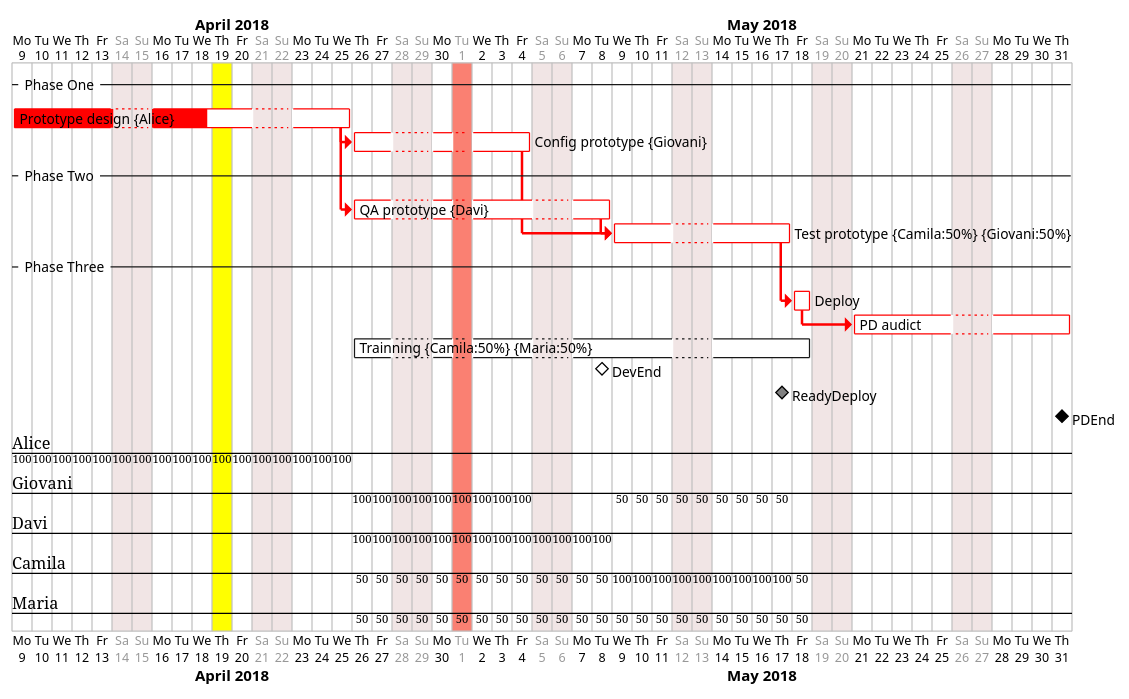
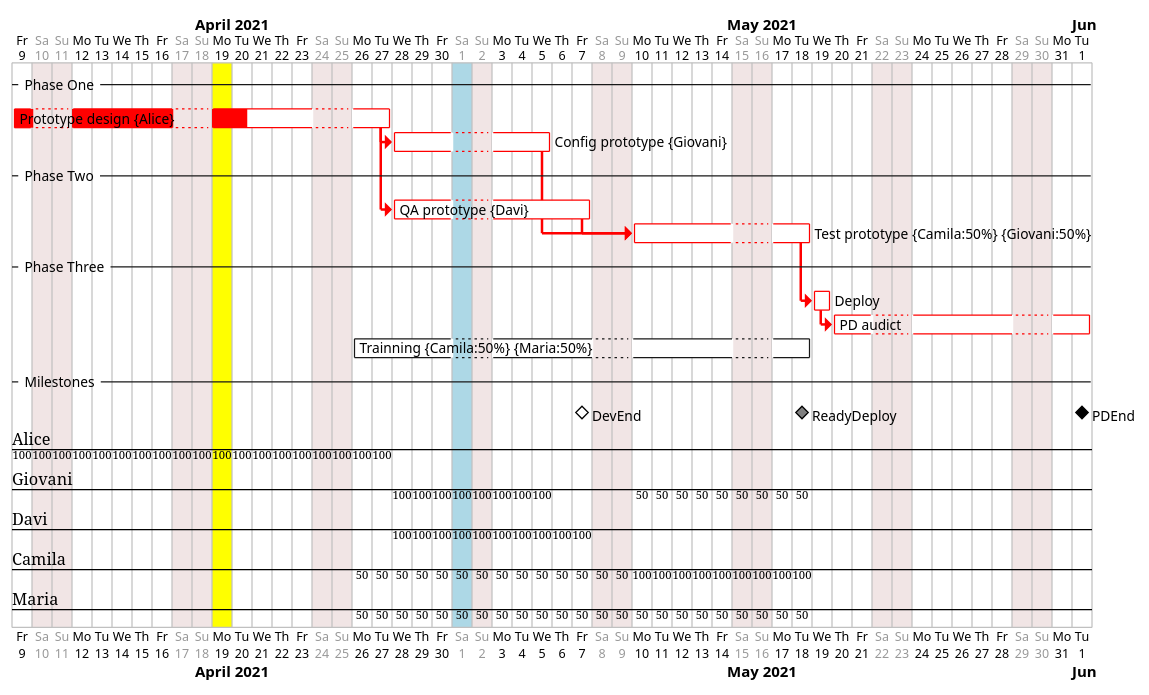
One commit to GiovaniPM/DMNTests changed the diagram in PlantUML/teste25.pu. Above: the diagram before and after it, drawn with PlantUML.

Commit message:
giova(DESKTOP-PG18CKU) 210117223157

```diff
--- a/PlantUML/teste25.pu
+++ b/PlantUML/teste25.pu
@@ -1,58 +1,62 @@
 @startgantt
-project starts the 2018/04/09
+project starts the 2021/04/09
 
 ' Close Days
 saturday are closed
 sunday are closed
-2018/05/01 is closed
-2018/05/01 is colored in salmon
+2021/05/01 is closed
+2021/05/01 is colored in lightblue
 
 ' Tasks and there layers
 -- Phase One --
 [Prototype design] on {Alice} lasts 13 days
+[Prototype design] links to [[http://plantuml.com]]
 [Config prototype] on {Giovani} lasts 6 days
 -- Phase Two --
 [QA prototype] on {Davi} lasts 8 days
 [Test prototype] on {Camila:50}{Giovani:50} lasts 7 days
 -- Phase Three --
 [Deploy] lasts 1 day
 [PD audict] lasts 9 days
-[Trainning] on {Camila:50} {Maria:50} starts 2018/04/26
-[Trainning] ends 2018/05/18
+[Trainning] on {Camila:50} {Maria:50} starts 2021/04/26
+[Trainning] ends 2021/05/18
+-- Milestones --
 
 ' Tasks flow
 [Config prototype] starts at [Prototype design]'s end with red bold link
 [QA prototype] starts at [Prototype design]'s end with red bold link
 [Test prototype] starts at [Config prototype]'s end with red bold link
 [Test prototype] starts at [QA prototype]'s end with red bold link
 [Deploy] starts at [Test prototype]'s end with red bold link
 [PD audict] starts at [Deploy]'s end with red bold link
 
 ' Tasks progress
 [Prototype design] is 60% completed
 [Config prototype] is 0% completed
 [QA prototype] is 0% completed
 [Test prototype] is 0% completed
 [Deploy] is 0% completed
 [PD audict] is 0% completed
 [Trainning] is 0% completed
 
 ' Milestones
 [DevEnd] happens at [Prototype design]'s end
 [DevEnd] happens at [QA prototype]'s end
 [ReadyDeploy] happens at [Test prototype]'s end
+[ReadyDeploy] displays on same row as [DevEnd]
 [PDEnd] happens at [PD audict]'s end
+[PDEnd] displays on same row as [ReadyDeploy]
 
 ' Colors
 [Prototype design] is colored in Red/Red
 [Config prototype] is colored in Red/Red
 [QA prototype] is colored in Red/Red
 [Test prototype] is colored in Red/Red
 [Deploy] is colored in Red/Red
 [PD audict] is colored in Red/Red
 [DevEnd] is colored in White/Black
 [ReadyDeploy] is colored in Gray/Black
 
 ' Day watching
-2018/04/19 is colored in Yellow
+2021/04/19 is colored in Yellow
 @endgantt
```
